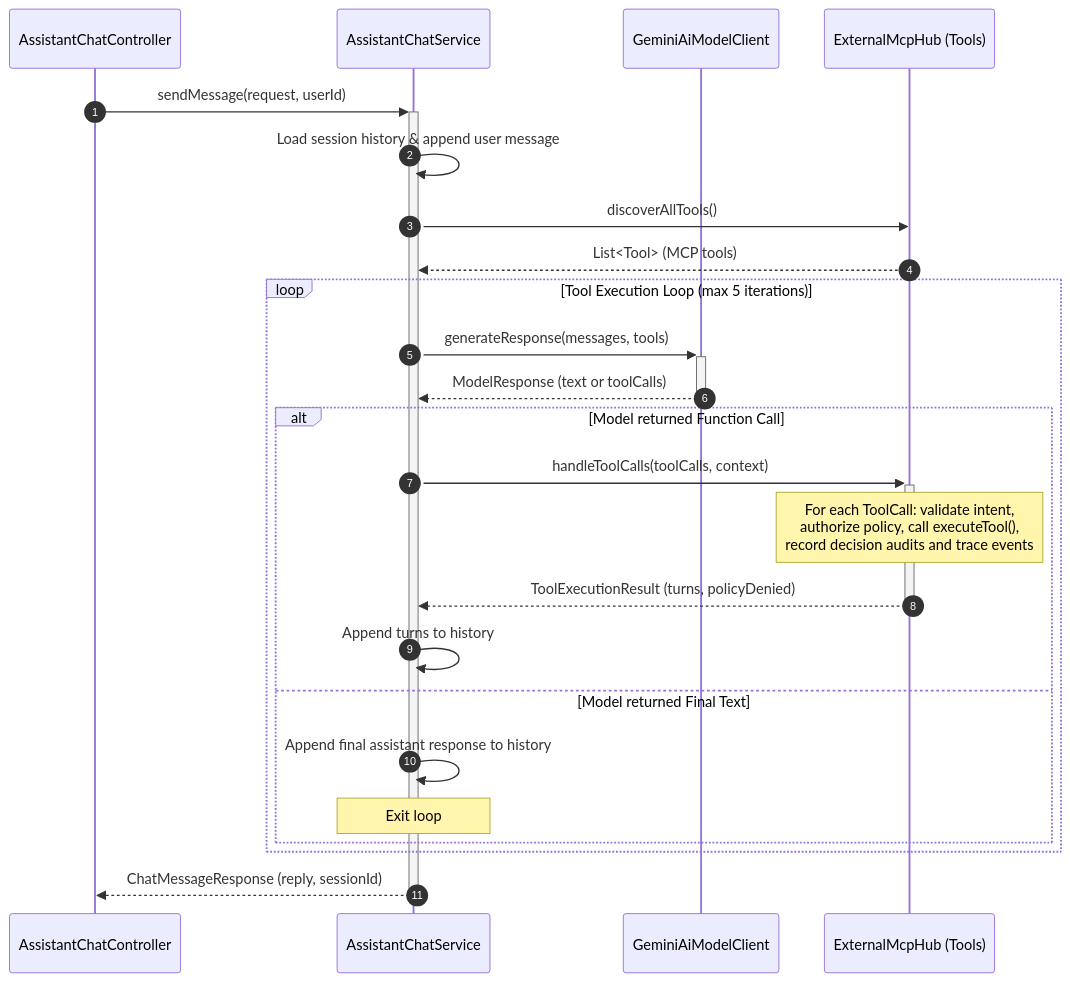
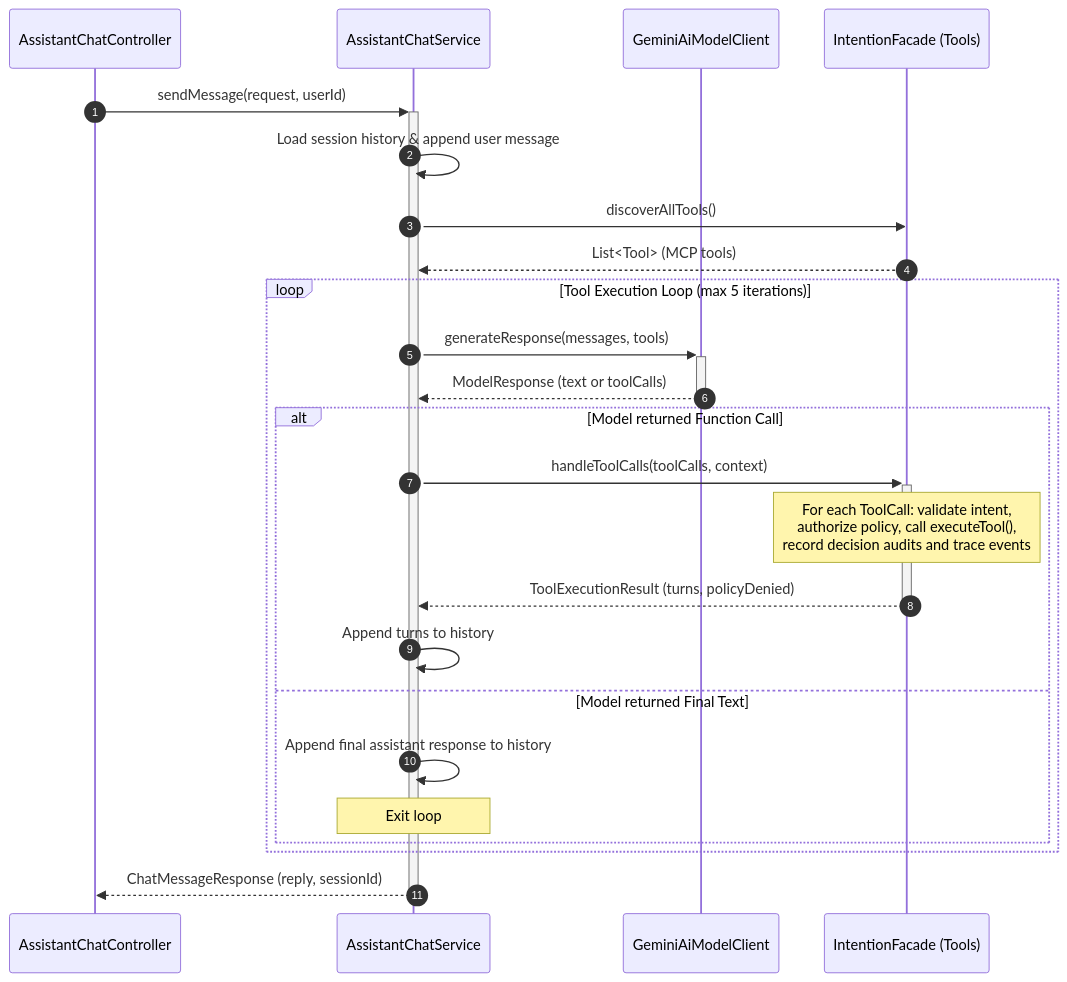
The diagram in src/java/03-Polaris/docs/design/assistant-orchestrator.md (vungdv/hometask1), drawn with Mermaid before and after one commit. The commit also changed 6 other files, not shown here.

````diff
--- a/src/java/03-Polaris/docs/design/assistant-orchestrator.md
+++ b/src/java/03-Polaris/docs/design/assistant-orchestrator.md
@@ -6,30 +6,30 @@
 ```mermaid
 sequenceDiagram
     autonumber
     participant Controller as AssistantChatController
     participant Service as AssistantChatService
     participant ModelHandler as GeminiAiModelClient
-    participant McpHub as ExternalMcpHub (Tools)
+    participant IntentionFacade as IntentionFacade (Tools)
 
     Controller->>+Service: sendMessage(request, userId)
     Service->>Service: Load session history & append user message
-    Service->>McpHub: discoverAllTools()
-    McpHub-->>Service: List<Tool> (MCP tools)
+    Service->>IntentionFacade: discoverAllTools()
+    IntentionFacade-->>Service: List<Tool> (MCP tools)
 
     loop Tool Execution Loop (max 5 iterations)
         Service->>+ModelHandler: generateResponse(messages, tools)
         ModelHandler-->>-Service: ModelResponse (text or toolCalls)
 
         alt Model returned Function Call
-            Service->>+McpHub: handleToolCalls(toolCalls, context)
-            Note over McpHub: For each ToolCall: validate intent,<br/>authorize policy, call executeTool(),<br/>record decision audits and trace events
-            McpHub-->>-Service: ToolExecutionResult (turns, policyDenied)
+            Service->>+IntentionFacade: handleToolCalls(toolCalls, context)
+            Note over IntentionFacade: For each ToolCall: validate intent,<br/>authorize policy, call executeTool(),<br/>record decision audits and trace events
+            IntentionFacade-->>-Service: ToolExecutionResult (turns, policyDenied)
             Service->>Service: Append turns to history
         else Model returned Final Text
             Service->>Service: Append final assistant response to history
             Note over Service: Exit loop
         end
     end
 
     Service-->>-Controller: ChatMessageResponse (reply, sessionId)
 ```
````
